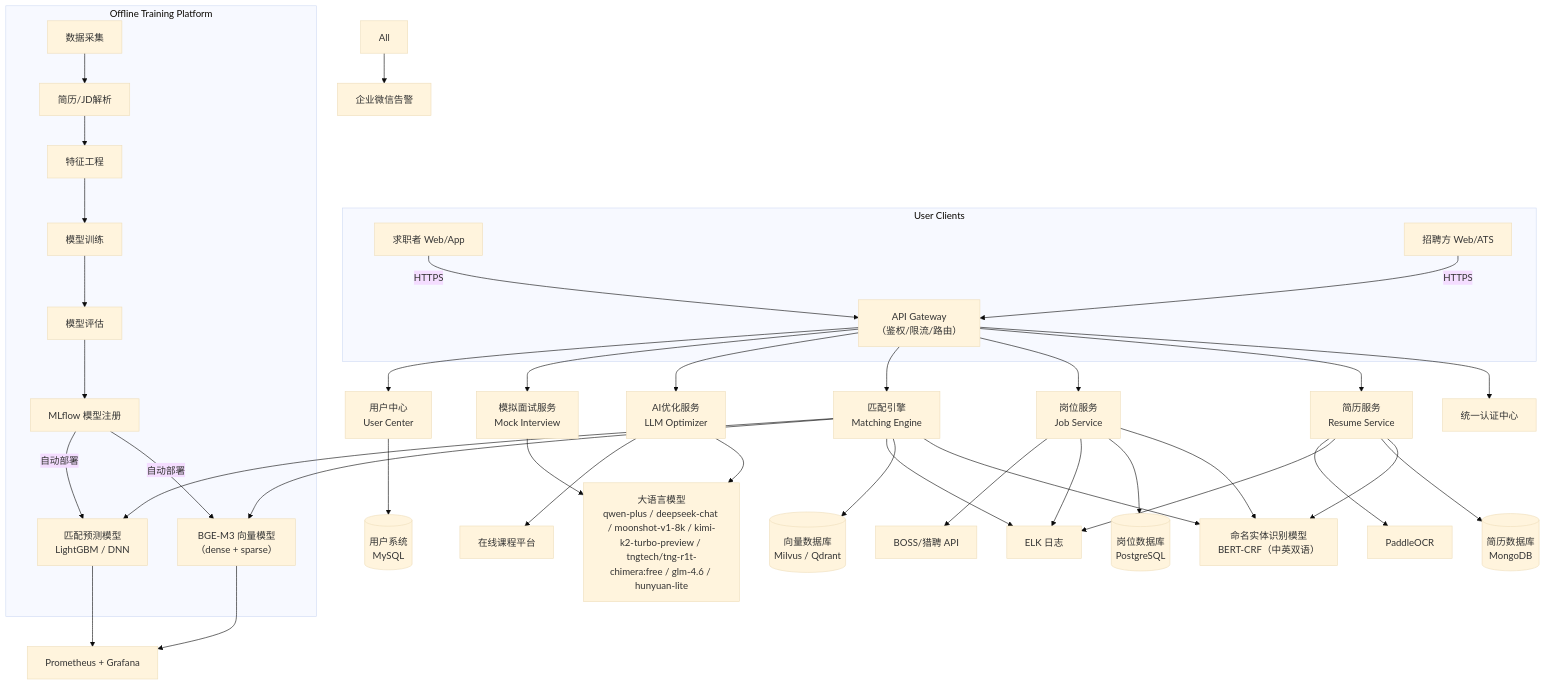
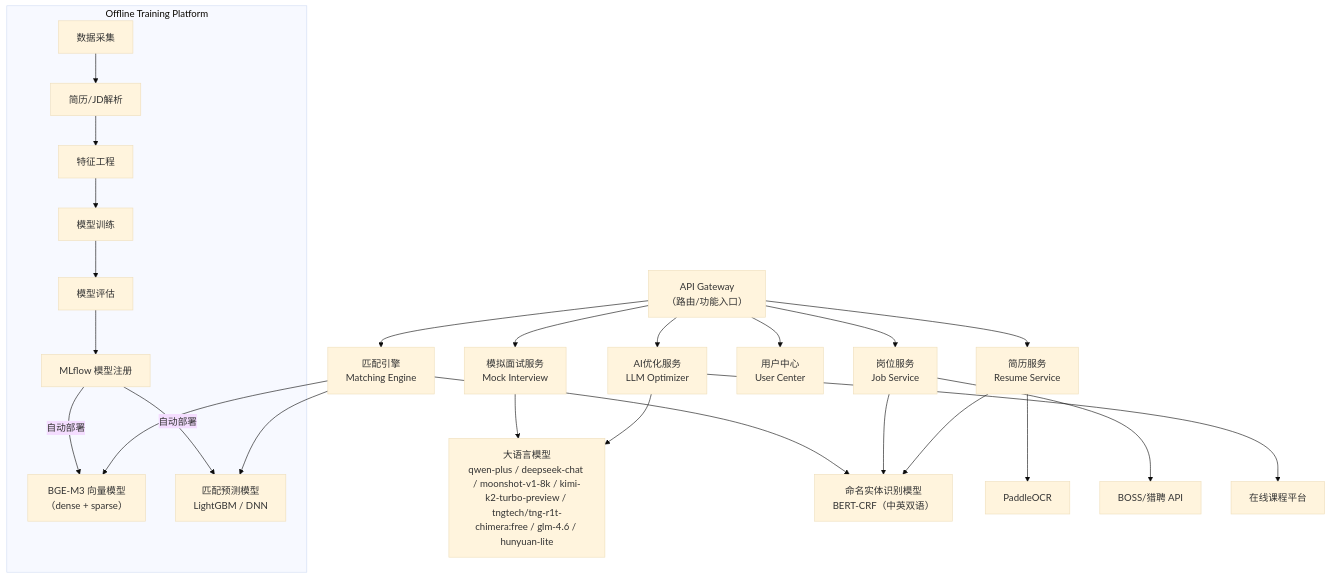
Before and after one commit to xyrlix/resume_screening_system: the second of 3 diagrams in docs/架构设计.md, drawn with Mermaid (base theme). The commit also changed other lines of this file and 17 other files, not shown here.

````diff
--- a/docs/架构设计.md
+++ b/docs/架构设计.md
@@ -61,51 +61,33 @@
 ```mermaid
 graph TD
-%% ========== 用户端 ==========
-subgraph User Clients
-  J[求职者 Web/App] -->|HTTPS| API_GW
-  R[招聘方 Web/ATS] -->|HTTPS| API_GW
-end
+%% ========== 核心功能模块 ==========
+API_GW[API Gateway<br/>（路由/功能入口）]
 
-%% ========== API 网关 ==========
-API_GW[API Gateway<br/>（鉴权/限流/路由）] --> Auth[统一认证中心]
-
-%% ========== 核心微服务 ==========
 API_GW --> S1[简历服务<br/>Resume Service]
 API_GW --> S2[岗位服务<br/>Job Service]
 API_GW --> S3[匹配引擎<br/>Matching Engine]
 API_GW --> S4[AI优化服务<br/>LLM Optimizer]
 API_GW --> S5[模拟面试服务<br/>Mock Interview]
 API_GW --> S6[用户中心<br/>User Center]
 
 %% ========== AI 模型层 ==========
 S3 --> M1[BGE-M3 向量模型<br/>（dense + sparse）]
 S4 & S5 --> M2[大语言模型<br/>qwen-plus / deepseek-chat / moonshot-v1-8k / kimi-k2-turbo-preview / tngtech/tng-r1t-chimera:free / glm-4.6 / hunyuan-lite]
 S3 --> M3[匹配预测模型<br/>LightGBM / DNN]
 S1 & S2 & S3 --> M4[命名实体识别模型<br/>BERT-CRF（中英双语）]
 
-%% ========== 数据层 ==========
-S1 --> DB1[(简历数据库<br/>MongoDB)]
-S2 --> DB2[(岗位数据库<br/>PostgreSQL)]
-S3 --> DB3[(向量数据库<br/>Milvus / Qdrant)]
-S6 --> DB4[(用户系统<br/>MySQL)]
-
 %% ========== 离线训练平台 ==========
 subgraph Offline Training Platform
   T1[数据采集] --> T2[简历/JD解析]
   T2 --> T3[特征工程]
   T3 --> T4[模型训练]
   T4 --> T5[模型评估]
   T5 --> T6[MLflow 模型注册]
   T6 -->|自动部署| M1 & M3
 end
 
-%% ========== 监控与运维 ==========
-M1 & M3 --> MON[Prometheus + Grafana]
-S1 & S2 & S3 --> LOG[ELK 日志]
-All --> ALERT[企业微信告警]
-
 %% ========== 第三方集成 ==========
 S1 --> OCR[PaddleOCR]
 S2 --> ATS[BOSS/猎聘 API]
 S4 --> Edu[在线课程平台]
 ```
````
